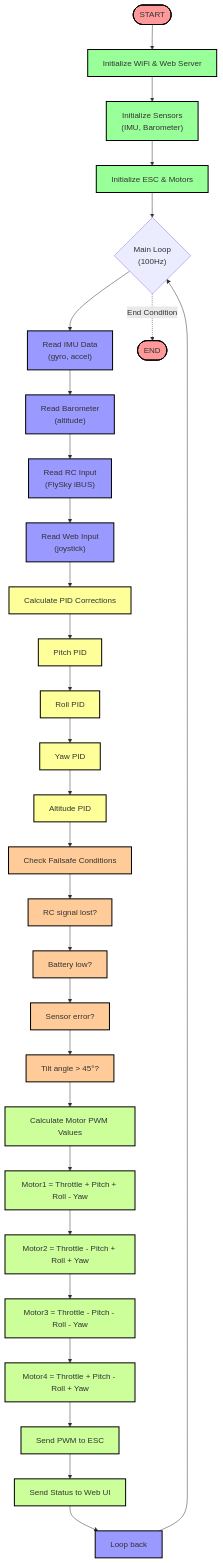
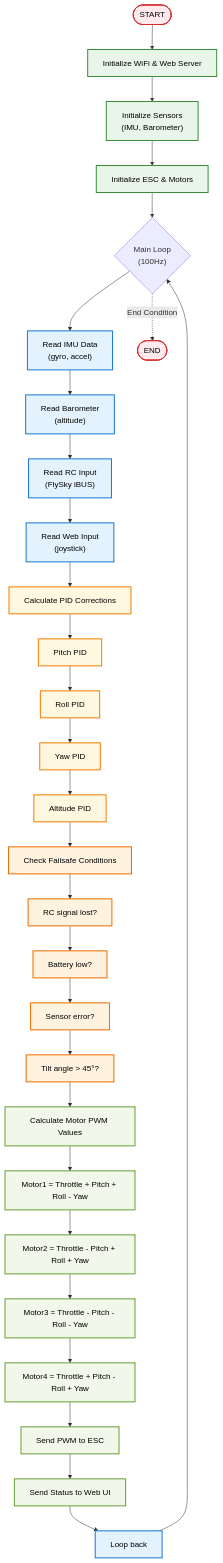
One commit to ficrammanifur/esp32-drone changed the first of 3 diagrams in README.md. Above: the diagram before and after it, drawn with Mermaid.

````diff
--- a/README.md
+++ b/README.md
@@ -215,74 +215,71 @@
 ```mermaid
 flowchart TD
     START([START])
     INIT_WIFI["Initialize WiFi & Web Server"]
     INIT_SENSORS["Initialize Sensors<br/>(IMU, Barometer)"]
     INIT_ESC["Initialize ESC & Motors"]
     MAIN_LOOP{"Main Loop<br/>(100Hz)"}
     READ_IMU["Read IMU Data<br/>(gyro, accel)"]
     READ_BARO["Read Barometer<br/>(altitude)"]
     READ_RC["Read RC Input<br/>(FlySky iBUS)"]
     READ_WEB["Read Web Input<br/>(joystick)"]
     CALC_PID["Calculate PID Corrections"]
     PID_PITCH["Pitch PID"]
     PID_ROLL["Roll PID"]
     PID_YAW["Yaw PID"]
     PID_ALT["Altitude PID"]
     CHECK_FAILSAFE["Check Failsafe Conditions"]
     FS_RC["RC signal lost?"]
     FS_BAT["Battery low?"]
     FS_SENSOR["Sensor error?"]
     FS_TILT["Tilt angle > 45°?"]
     CALC_PWM["Calculate Motor PWM Values"]
     PWM_M1["Motor1 = Throttle + Pitch + Roll - Yaw"]
     PWM_M2["Motor2 = Throttle - Pitch + Roll + Yaw"]
     PWM_M3["Motor3 = Throttle - Pitch - Roll - Yaw"]
     PWM_M4["Motor4 = Throttle + Pitch - Roll + Yaw"]
     SEND_PWM["Send PWM to ESC"]
     SEND_STATUS["Send Status to Web UI"]
     LOOP_BACK["Loop back"]
     END([END])
-
     START --> INIT_WIFI
     INIT_WIFI --> INIT_SENSORS
     INIT_SENSORS --> INIT_ESC
     INIT_ESC --> MAIN_LOOP
     MAIN_LOOP --> READ_IMU
     READ_IMU --> READ_BARO
     READ_BARO --> READ_RC
     READ_RC --> READ_WEB
     READ_WEB --> CALC_PID
     CALC_PID --> PID_PITCH
     PID_PITCH --> PID_ROLL
     PID_ROLL --> PID_YAW
     PID_YAW --> PID_ALT
     PID_ALT --> CHECK_FAILSAFE
     CHECK_FAILSAFE --> FS_RC
     FS_RC --> FS_BAT
     FS_BAT --> FS_SENSOR
     FS_SENSOR --> FS_TILT
     FS_TILT --> CALC_PWM
     CALC_PWM --> PWM_M1
     PWM_M1 --> PWM_M2
     PWM_M2 --> PWM_M3
     PWM_M3 --> PWM_M4
     PWM_M4 --> SEND_PWM
     SEND_PWM --> SEND_STATUS
     SEND_STATUS --> LOOP_BACK
     LOOP_BACK --> MAIN_LOOP
     MAIN_LOOP -.->|End Condition| END
-
-    classDef startEnd fill:#ff9999,stroke:#000,stroke-width:2px
-    classDef init fill:#99ff99,stroke:#000,stroke-width:2px
-    classDef loop fill:#9999ff,stroke:#000,stroke-width:2px
-    classDef pid fill:#ffff99,stroke:#000,stroke-width:2px
-    classDef failsafe fill:#ffcc99,stroke:#000,stroke-width:2px
-    classDef output fill:#ccff99,stroke:#000,stroke-width:2px
-
+    classDef startEnd fill:#ffebee,stroke:#d32f2f,stroke-width:2px,color:#000
+    classDef init fill:#e8f5e8,stroke:#388e3c,stroke-width:2px,color:#000
+    classDef loop fill:#e3f2fd,stroke:#1976d2,stroke-width:2px,color:#000
+    classDef pid fill:#fff8e1,stroke:#f57c00,stroke-width:2px,color:#000
+    classDef failsafe fill:#fff3e0,stroke:#ef6c00,stroke-width:2px,color:#000
+    classDef output fill:#f1f8e9,stroke:#689f38,stroke-width:2px,color:#000
     class START,END startEnd
     class INIT_WIFI,INIT_SENSORS,INIT_ESC init
     class READ_IMU,READ_BARO,READ_RC,READ_WEB,LOOP_BACK loop
     class CALC_PID,PID_PITCH,PID_ROLL,PID_YAW,PID_ALT pid
     class CHECK_FAILSAFE,FS_RC,FS_BAT,FS_SENSOR,FS_TILT failsafe
     class CALC_PWM,PWM_M1,PWM_M2,PWM_M3,PWM_M4,SEND_PWM,SEND_STATUS output
 ```
````
